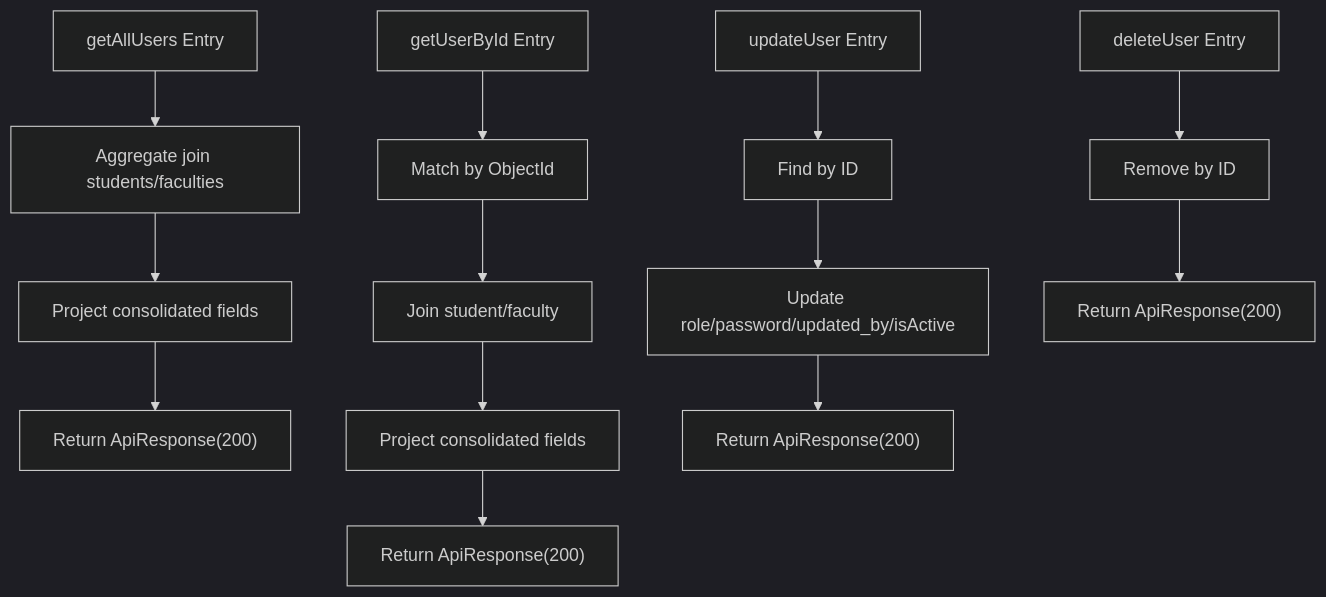
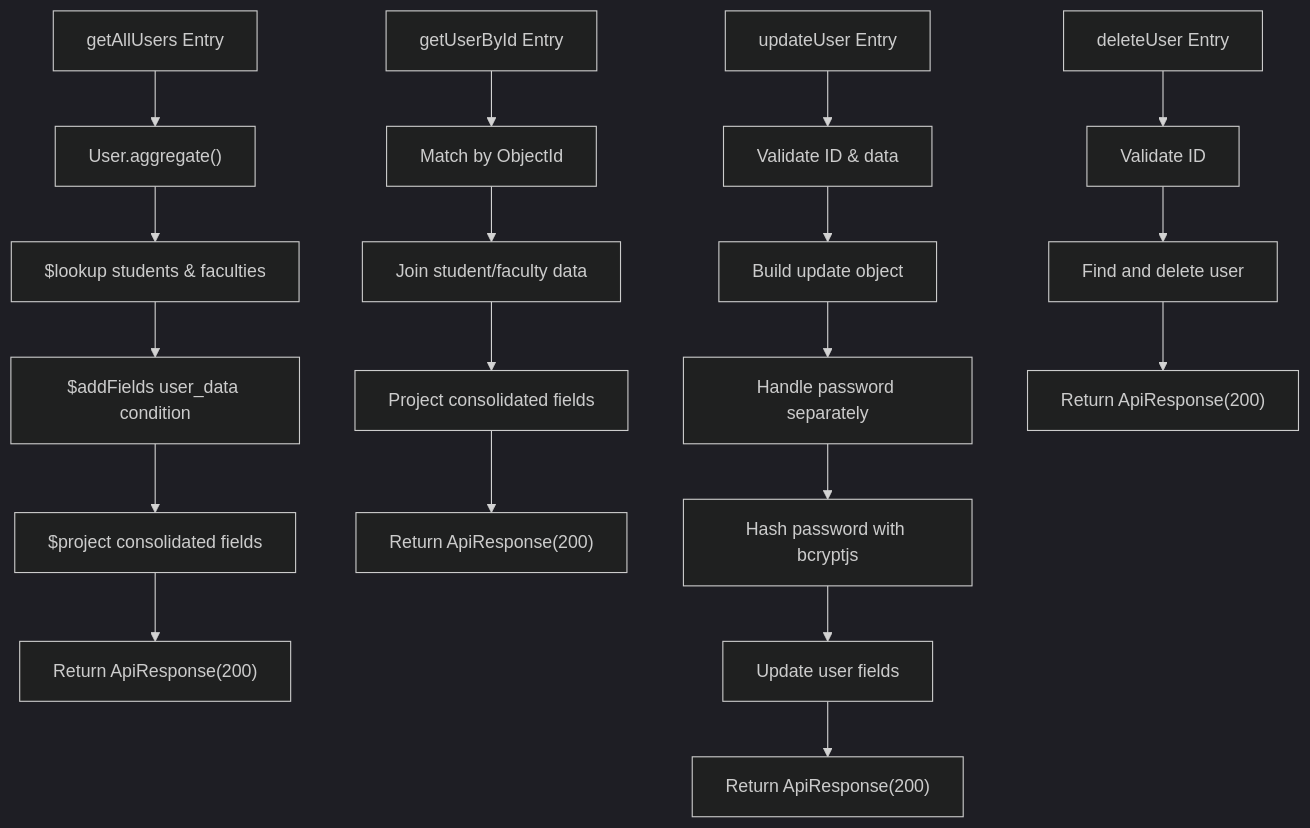
The seventh of 8 diagrams in .qoder/repowiki/en/content/Authentication & Authorization/Backend Authentication Controller.md (Aryan9060/Timetable-Project), drawn with Mermaid (dark theme) before and after one commit. The commit also changed other lines of this file and 21 other files, not shown here.

````diff
--- a/.qoder/repowiki/en/content/Authentication & Authorization/Backend Authentication Controller.md
+++ b/.qoder/repowiki/en/content/Authentication & Authorization/Backend Authentication Controller.md
@@ -216,15 +312,21 @@
 ```mermaid
 flowchart TD
-A["getAllUsers Entry"] --> AggAll["Aggregate join students/faculties"]
-AggAll --> ProjAll["Project consolidated fields"]
-ProjAll --> RespAll["Return ApiResponse(200)"]
-B["getUserById Entry"] --> MatchId["Match by ObjectId"]
-MatchId --> JoinId["Join student/faculty"]
-JoinId --> ProjId["Project consolidated fields"]
-ProjId --> RespId["Return ApiResponse(200)"]
-C["updateUser Entry"] --> FindUser["Find by ID"]
-FindUser --> UpdateFields["Update role/password/updated_by/isActive"]
-UpdateFields --> RespUpd["Return ApiResponse(200)"]
-D["deleteUser Entry"] --> Remove["Remove by ID"]
-Remove --> RespDel["Return ApiResponse(200)"]
+A["getAllUsers Entry"] --> B["User.aggregate()"]
+B --> C["$lookup students & faculties"]
+C --> D["$addFields user_data condition"]
+D --> E["$project consolidated fields"]
+E --> F["Return ApiResponse(200)"]
+G["getUserById Entry"] --> H["Match by ObjectId"]
+H --> I["Join student/faculty data"]
+I --> J["Project consolidated fields"]
+J --> K["Return ApiResponse(200)"]
+L["updateUser Entry"] --> M["Validate ID & data"]
+M --> N["Build update object"]
+N --> O["Handle password separately"]
+O --> P["Hash password with bcryptjs"]
+P --> Q["Update user fields"]
+Q --> R["Return ApiResponse(200)"]
+S["deleteUser Entry"] --> T["Validate ID"]
+T --> U["Find and delete user"]
+U --> V["Return ApiResponse(200)"]
 ```
````
